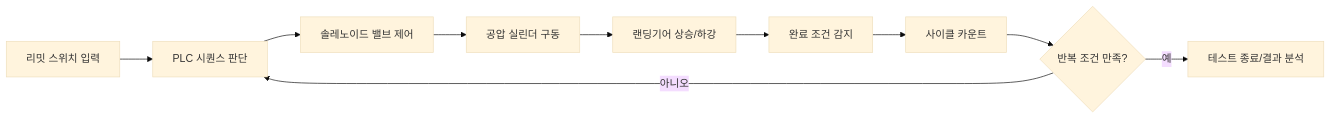
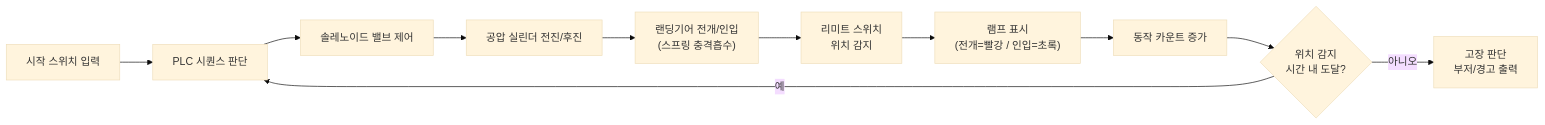
One commit to jaeni01/landing-gear-test-equipment changed the diagram in README.md. Above: the diagram before and after it, drawn with Mermaid (base theme). The commit also changed other lines of this file, not shown here.

````diff
--- a/README.md
+++ b/README.md
@@ -40,12 +51,13 @@
 ```mermaid
 flowchart LR
-  A["리밋 스위치 입력"] --> B["PLC 시퀀스 판단"]
+  A["시작 스위치 입력"] --> B["PLC 시퀀스 판단"]
   B --> C["솔레노이드 밸브 제어"]
-  C --> D["공압 실린더 구동"]
-  D --> E["랜딩기어 상승/하강"]
-  E --> F["완료 조건 감지"]
-  F --> G["사이클 카운트"]
-  G --> H{"반복 조건 만족?"}
-  H -->|"아니오"| B
-  H -->|"예"| I["테스트 종료/결과 분석"]
+  C --> D["공압 실린더 전진/후진"]
+  D --> E["랜딩기어 전개/인입<br/>(스프링 충격흡수)"]
+  E --> F["리미트 스위치<br/>위치 감지"]
+  F --> G["램프 표시<br/>(전개=빨강 / 인입=초록)"]
+  G --> H["동작 카운트 증가"]
+  H --> I{"위치 감지<br/>시간 내 도달?"}
+  I -->|"예"| B
+  I -->|"아니오"| J["고장 판단<br/>부저/경고 출력"]
 ```
````
